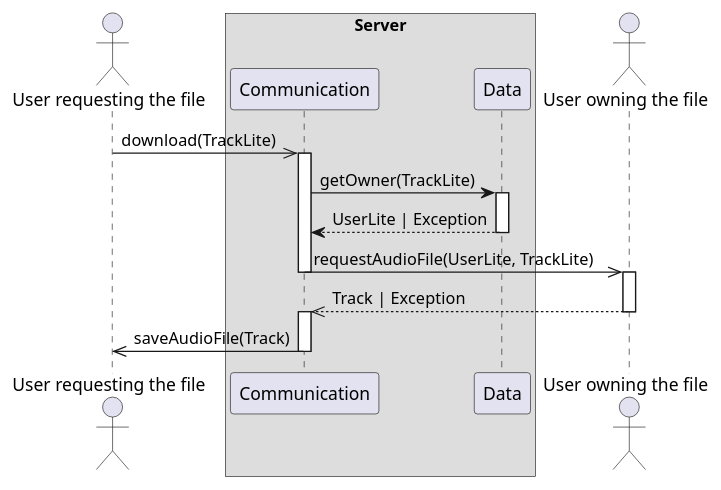
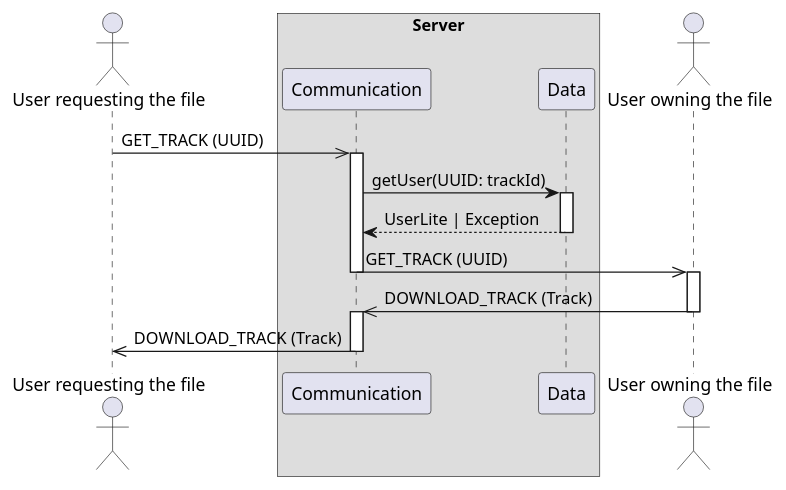
One commit to UTCAI12/Diagrams changed the diagram in sequence/2.2.download_music_server.puml. Above: the diagram before and after it, drawn with PlantUML. The commit also changed 3 other files, not shown here.

Commit message:
2.2 client owner server

```diff
--- a/sequence/2.2.download_music_server.puml
+++ b/sequence/2.2.download_music_server.puml
@@ -1,29 +1,29 @@
-@startuml Download Track (server side)
+@startuml 2.2 User add a music to his local library from a distant file (server side)
 actor "User requesting the file" as User1
 box Server
     participant Communication
     participant Data
 end box
 actor "User owning the file" as User2
 
-User1 ->> Communication : download(TrackLite)
+User1 ->> Communication : GET_TRACK (UUID)
 activate Communication
 
-Communication -> Data : getOwner(TrackLite)
+Communication -> Data : getUser(UUID: trackId)
 activate Data
 
 Data --> Communication : UserLite | Exception
 deactivate Data
 
-Communication ->> User2 : requestAudioFile(UserLite, TrackLite)
+Communication ->> User2 : GET_TRACK (UUID)
 deactivate Communication
 activate User2
 
-User2 -->> Communication : Track | Exception
+User2 ->> Communication : DOWNLOAD_TRACK (Track)
 deactivate User2
 activate Communication
 
-Communication ->> User1 : saveAudioFile(Track)
+Communication ->> User1 : DOWNLOAD_TRACK (Track)
 deactivate Communication
 
 @enduml
```
